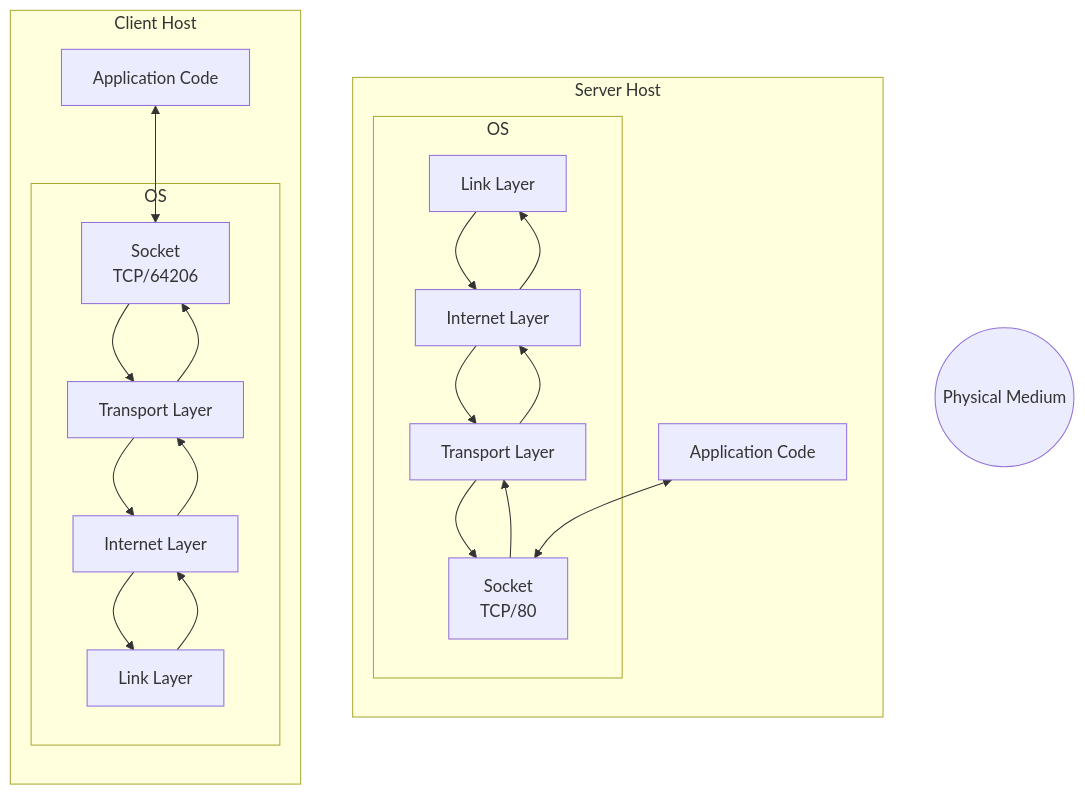
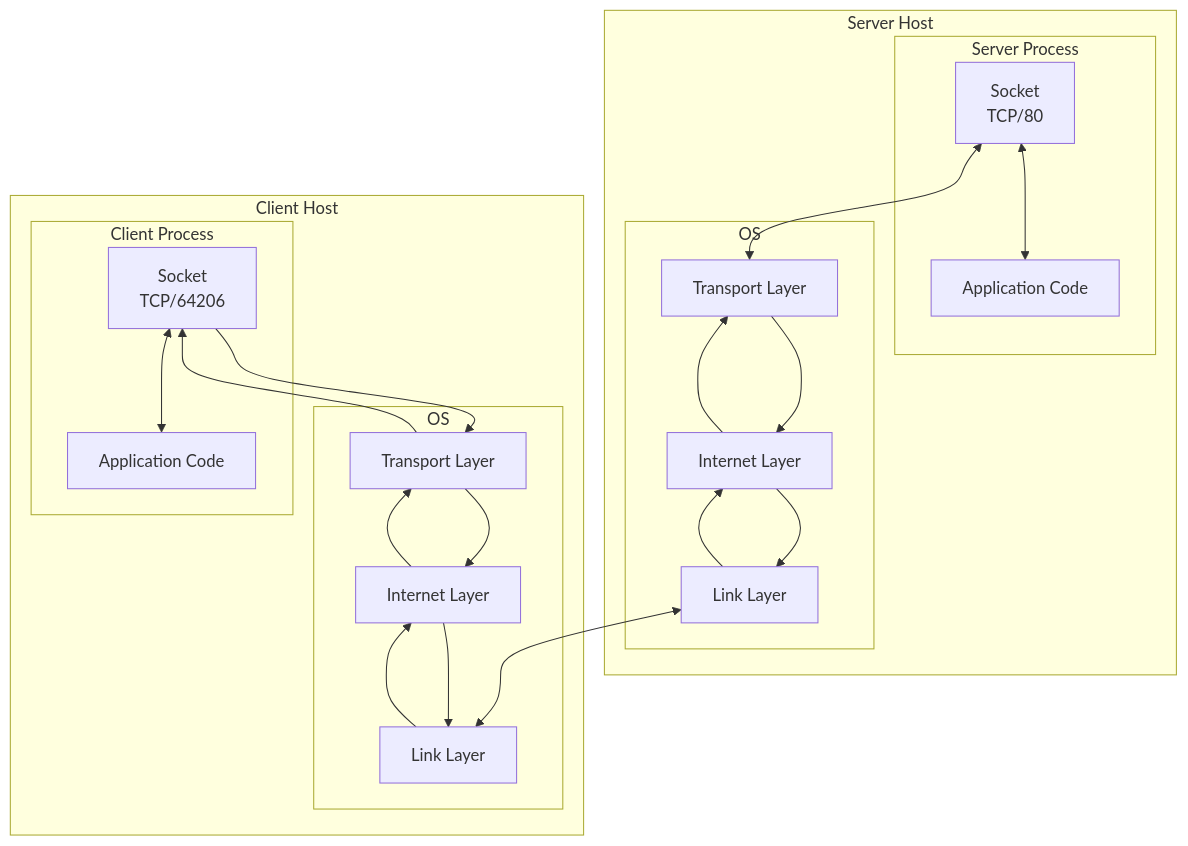
Before and after one commit to roninbar/ip-tcp-http: the fourth of 5 diagrams in README.md, drawn with Mermaid. The commit also changed other lines of this file and 2 other files, not shown here.

````diff
--- a/README.md
+++ b/README.md
@@ -210,19 +208,25 @@
     ```mermaid
     flowchart BT;
         subgraph Server Host
-            subgraph os2[OS]
-                link2[Link Layer] --> ip2[Internet Layer] --> transport2[Transport Layer] --> socket2[Socket<br/>TCP/80]
-                socket2 --> transport2 --> ip2 --> link2
+            subgraph LR os2[OS]
+                link2[Link Layer] --> ip2[Internet Layer] --> transport2[Transport Layer]
+                transport2 --> ip2 --> link2
             end
-            app2[Application Code] <--> socket2
+            subgraph Server Process
+                transport2 <--> socket2[Socket<br/>TCP/80]
+                app2[Application Code] <--> socket2
+            end
         end
-        wire((Physical Medium))
-        subgraph Client Host
-            app1[Application Code] <--> socket1
+        %% wire((Physical Medium))
+        link1 <--> link2
+        subgraph RL host1[Client Host]
+            subgraph BT proc1[Client Process]
+                app1[Application Code] <--> socket1
+            end
             subgraph OS
                 socket1[Socket<br/>TCP/64206] --> transport1[Transport Layer] --> ip1[Internet Layer] --> link1[Link Layer]
                 link1 --> ip1 --> transport1 --> socket1
             end
         end
         %% link1 <--> medium((Physical Medium)) <--> link2
     ```
````
